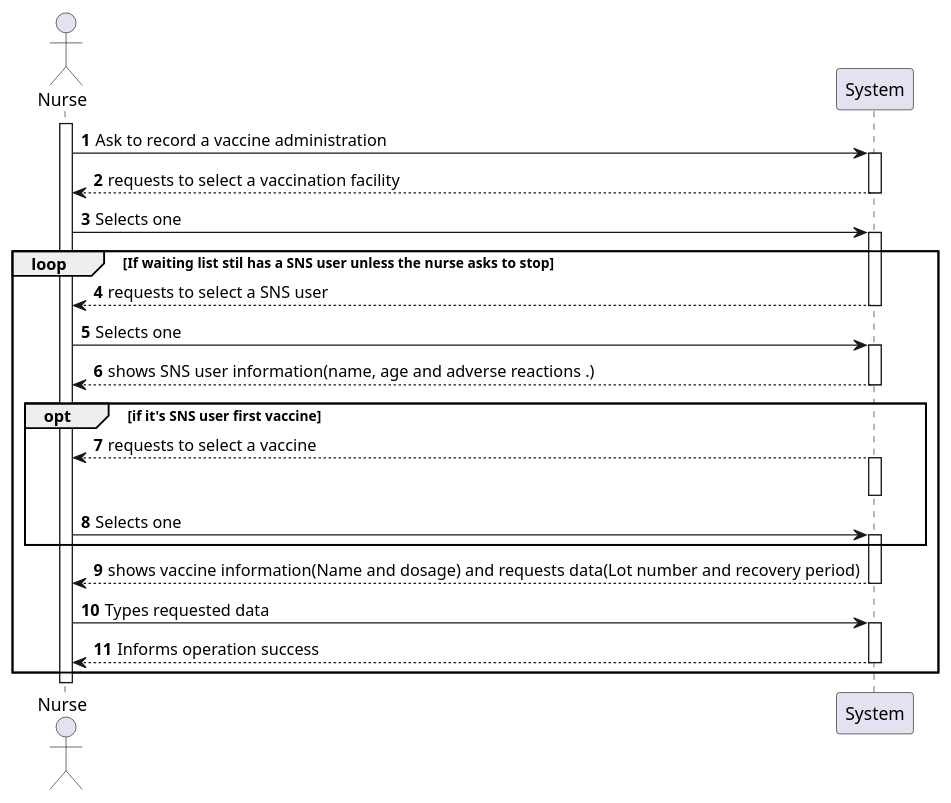
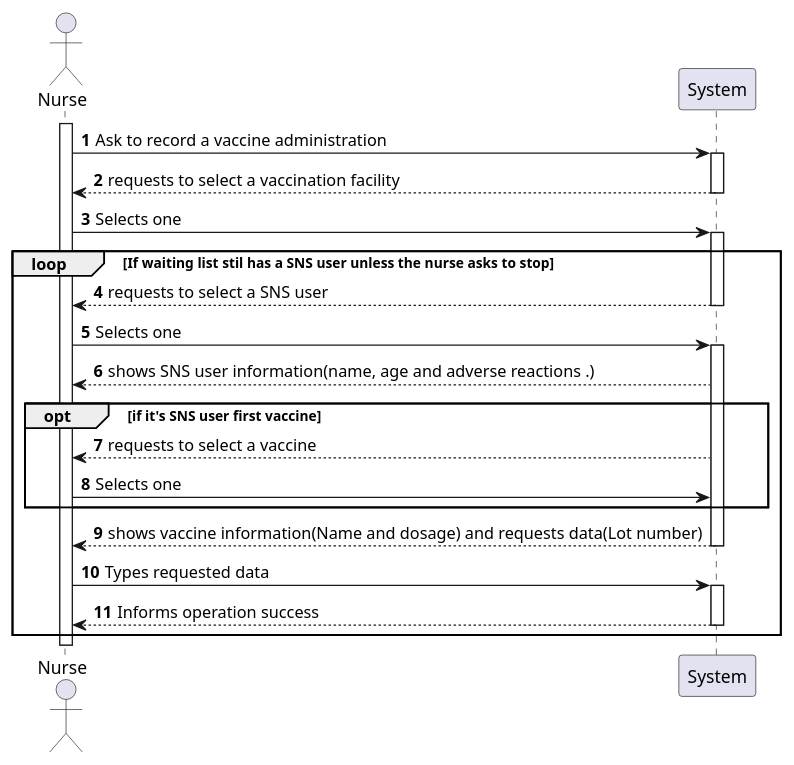
Before and after one commit to osnilas/SNSsystem: the diagram in docs/SprintD/US008/US008_SSD.puml, drawn with PlantUML. The commit also changed 45 other files, not shown here.

```diff
--- a/docs/SprintD/US008/US008_SSD.puml
+++ b/docs/SprintD/US008/US008_SSD.puml
@@ -1,39 +1,32 @@
 @startuml
 'https://plantuml.com/sequence-diagram
 
 autonumber
 
 actor "Nurse" as nurse
 activate nurse
 
 nurse-> System : Ask to record a vaccine administration
 activate System
 System--> nurse : requests to select a vaccination facility
 deactivate System
 nurse-> System : Selects one
 activate System
 loop If waiting list stil has a SNS user unless the nurse asks to stop
 System--> nurse : requests to select a SNS user
 deactivate System
 nurse-> System : Selects one
 activate System
 System--> nurse : shows SNS user information(name, age and adverse reactions .)
-deactivate System
-
 opt if it's SNS user first vaccine
     System--> nurse : requests to select a vaccine
-       activate System
-       deactivate System
-
     nurse-> System : Selects one
-    activate System
     end
-
-System--> nurse : shows vaccine information(Name and dosage) and requests data(Lot number and recovery period)
+System--> nurse : shows vaccine information(Name and dosage) and requests data(Lot number)
 deactivate System
 nurse-> System : Types requested data
 activate System
 System--> nurse : Informs operation success
 deactivate System
 end
 @enduml
```
